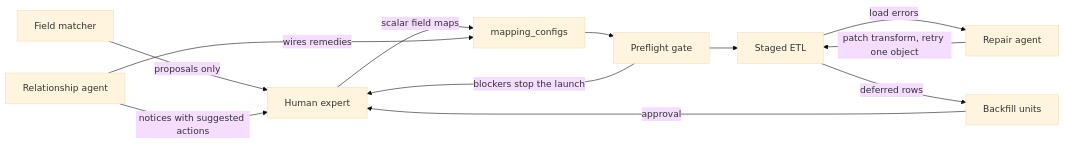
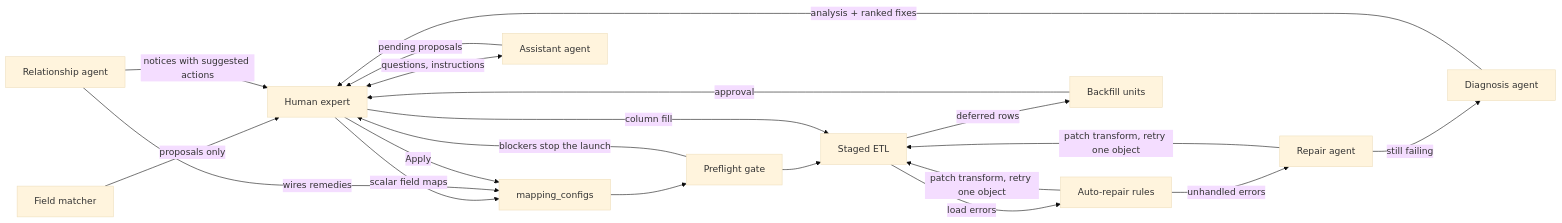
One commit to shahid-rawther/SF-Data-Migration-LLM changed the fourth of 12 diagrams in docs/ARCHITECTURE.md. Above: the diagram before and after it, drawn with Mermaid (base theme). The commit also changed other lines of this file and 57 other files, not shown here.

````diff
--- a/docs/ARCHITECTURE.md
+++ b/docs/ARCHITECTURE.md
@@ -217,14 +260,22 @@
 ```mermaid
 flowchart LR
   Human[Human expert] -->|scalar field maps| Config[mapping_configs]
   FM[Field matcher] -->|proposals only| Human
   RelAgent[Relationship agent] -->|wires remedies| Config
   RelAgent -->|notices with suggested actions| Human
   Config --> Gate[Preflight gate]
   Gate -->|blockers stop the launch| Human
   Gate --> ETL[Staged ETL]
-  ETL -->|load errors| RepairAgent[Repair agent]
+  ETL -->|load errors| AutoRepair[Auto-repair rules]
+  AutoRepair -->|unhandled errors| RepairAgent[Repair agent]
+  AutoRepair -->|patch transform, retry one object| ETL
   RepairAgent -->|patch transform, retry one object| ETL
+  RepairAgent -->|still failing| Diagnosis[Diagnosis agent]
+  Diagnosis -->|analysis + ranked fixes| Human
+  Human <-->|questions, instructions| Assistant[Assistant agent]
+  Assistant -->|pending proposals| Human
+  Human -->|Apply| Config
   ETL -->|deferred rows| BF[Backfill units]
   BF -->|approval| Human
+  Human -->|column fill| ETL
 ```
````
